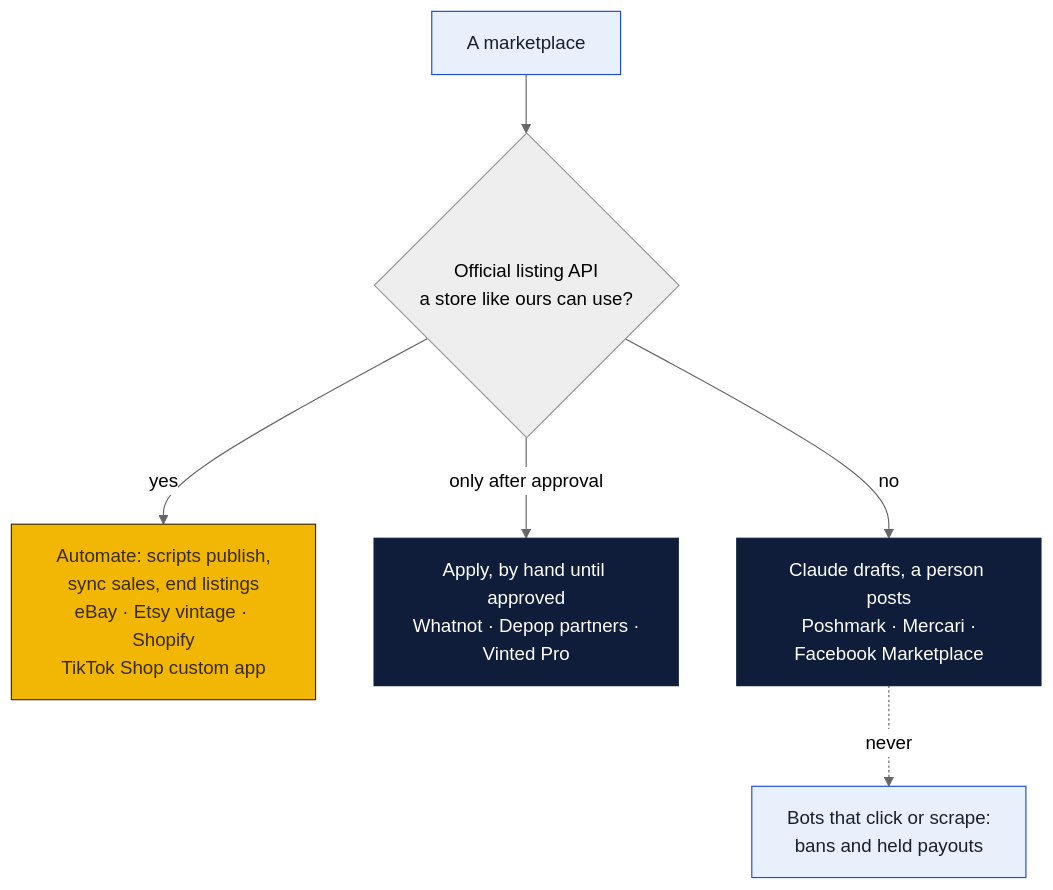
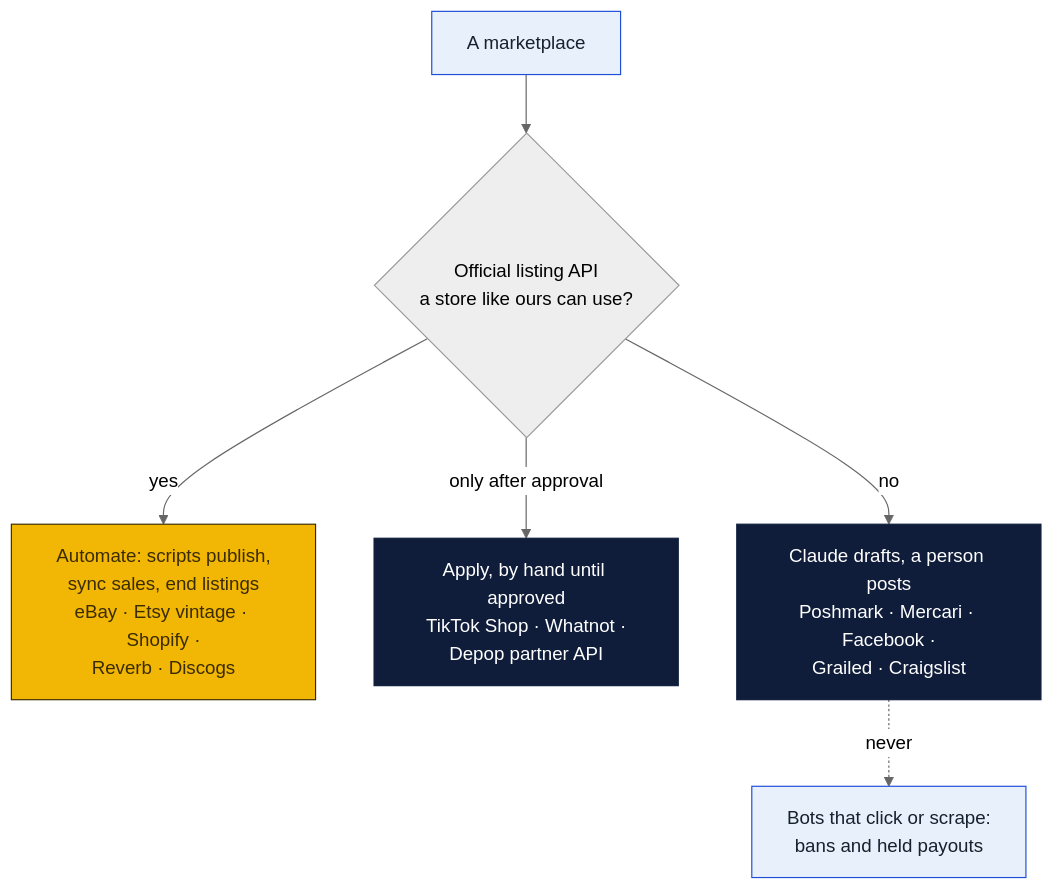
One commit to wbp318/goin-postal-forsythe changed the third of 14 diagrams in monetization/resale-macmini/README.md. Above: the diagram before and after it, drawn with Mermaid (neutral theme). The commit also changed other lines of this file and 8 other files, not shown here.

````diff
--- a/monetization/resale-macmini/README.md
+++ b/monetization/resale-macmini/README.md
@@ -167,11 +172,11 @@
 ```mermaid
 flowchart TD
   Q["A marketplace"]:::you --> API{"Official listing API<br/>a store like ours can use?"}
-  API -->|"yes"| AUTO["Automate: scripts publish,<br/>sync sales, end listings<br/>eBay · Etsy vintage · Shopify<br/>TikTok Shop custom app"]:::local
-  API -->|"only after approval"| APPLY["Apply, by hand until approved<br/>Whatnot · Depop partners ·<br/>Vinted Pro"]:::cloud
-  API -->|"no"| HAND["Claude drafts, a person posts<br/>Poshmark · Mercari ·<br/>Facebook Marketplace"]:::cloud
+  API -->|"yes"| AUTO["Automate: scripts publish,<br/>sync sales, end listings<br/>eBay · Etsy vintage · Shopify ·<br/>Reverb · Discogs"]:::local
+  API -->|"only after approval"| APPLY["Apply, by hand until approved<br/>TikTok Shop · Whatnot ·<br/>Depop partner API"]:::cloud
+  API -->|"no"| HAND["Claude drafts, a person posts<br/>Poshmark · Mercari · Facebook ·<br/>Grailed · Craigslist"]:::cloud
   HAND -.->|"never"| BOT["Bots that click or scrape:<br/>bans and held payouts"]:::you
   classDef local fill:#f2b705,stroke:#3b2c00,color:#3b2c00
   classDef cloud fill:#0f1d3a,stroke:#0f1d3a,color:#ffffff
   classDef you fill:#e8f1fb,stroke:#1d4ed8,color:#17202d
 ```
````
